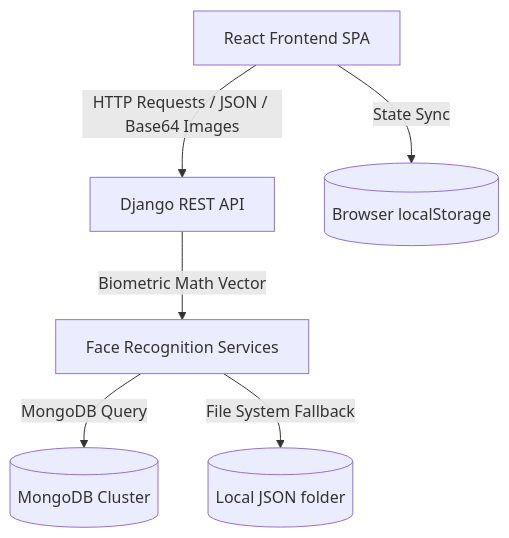
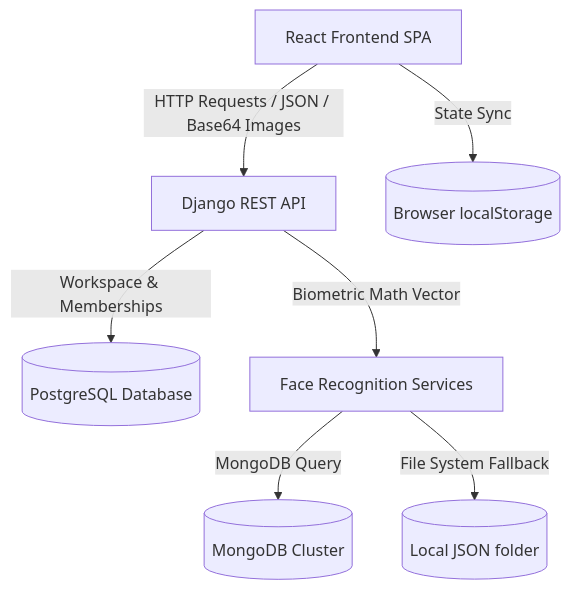
Before and after one commit to SIDSharma0007/surge-suite: the diagram in docs/architecture.md, drawn with Mermaid. The commit also changed other lines of this file and 16 other files, not shown here.

````diff
--- a/docs/architecture.md
+++ b/docs/architecture.md
@@ -13,8 +13,9 @@
 ```mermaid
 graph TD
     A[React Frontend SPA] -->|HTTP Requests / JSON / Base64 Images| B[Django REST API]
-    B -->|Biometric Math Vector| C[Face Recognition Services]
-    C -->|MongoDB Query| D[(MongoDB Cluster)]
-    C -->|File System Fallback| E[(Local JSON folder)]
-    A -->|State Sync| F[(Browser localStorage)]
+    B -->|Workspace & Memberships| C[(PostgreSQL Database)]
+    B -->|Biometric Math Vector| D[Face Recognition Services]
+    D -->|MongoDB Query| E[(MongoDB Cluster)]
+    D -->|File System Fallback| F[(Local JSON folder)]
+    A -->|State Sync| G[(Browser localStorage)]
 ```
````
